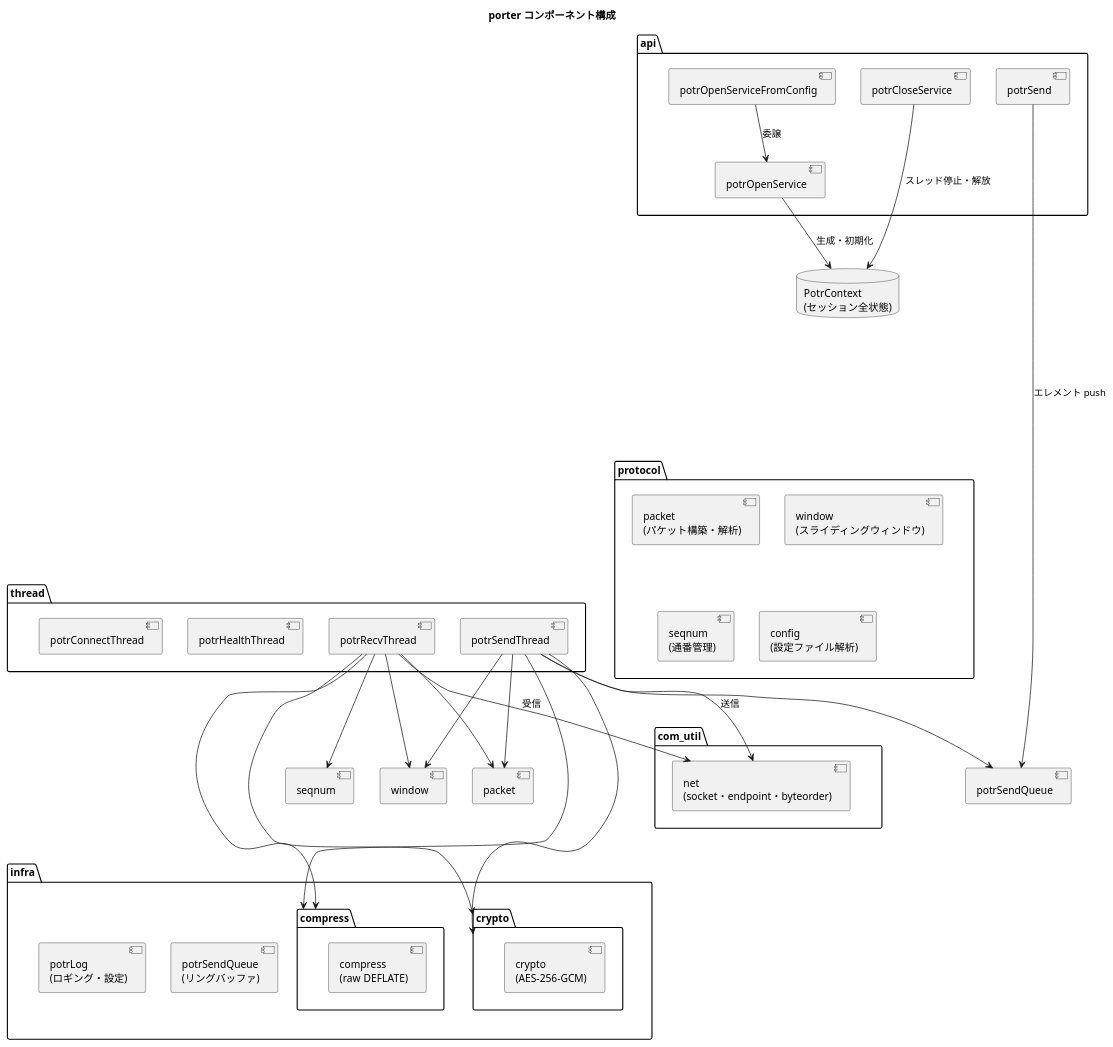
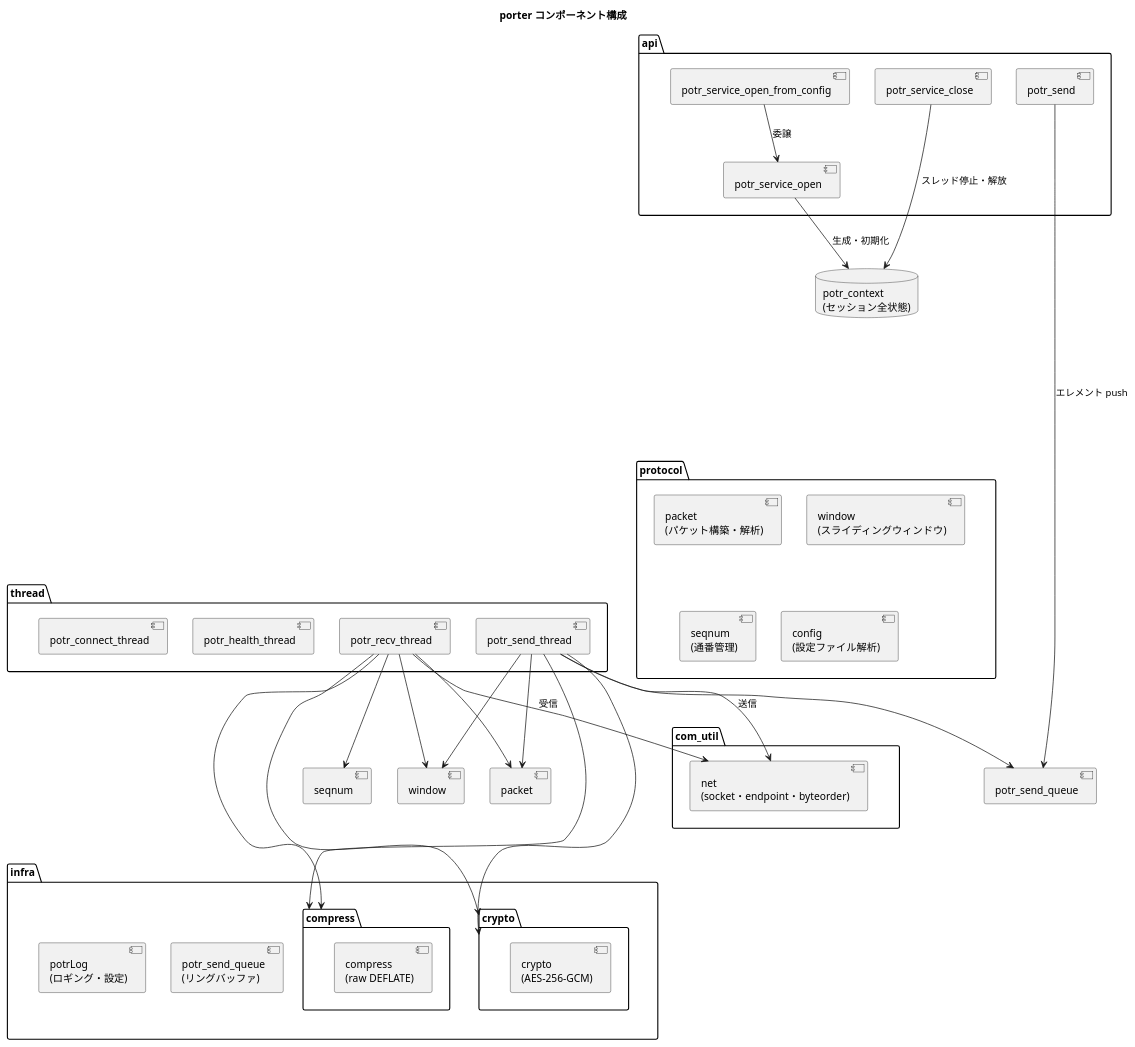
One commit to Hondarer/app_porter changed the sixth of 6 diagrams in docs/architecture.md. Above: the diagram before and after it, drawn with PlantUML. The commit also changed other lines of this file and 148 other files, not shown here.

````diff
--- a/docs/architecture.md
+++ b/docs/architecture.md
@@ -320,68 +320,68 @@
 ```plantuml
 @startuml
 title porter コンポーネント構成
 
 package "api" {
-  [potrOpenService]
-  [potrOpenServiceFromConfig]
-  [potrSend]
-  [potrCloseService]
+  [potr_service_open]
+  [potr_service_open_from_config]
+  [potr_send]
+  [potr_service_close]
 }
 
 package "thread" {
-  [potrRecvThread]
-  [potrSendThread]
-  [potrHealthThread]
-  [potrConnectThread]
+  [potr_recv_thread]
+  [potr_send_thread]
+  [potr_health_thread]
+  [potr_connect_thread]
 }
 
 package "protocol" {
   [packet\n(パケット構築・解析)]
   [window\n(スライディングウィンドウ)]
   [seqnum\n(通番管理)]
   [config\n(設定ファイル解析)]
 }
 
 package "infra" {
-  [potrSendQueue\n(リングバッファ)]
+  [potr_send_queue\n(リングバッファ)]
   [potrLog\n(ロギング・設定)]
   package "compress" {
     [compress\n(raw DEFLATE)]
   }
   package "crypto" {
     [crypto\n(AES-256-GCM)]
   }
 }
 
 package "com_util" {
   [net\n(socket・endpoint・byteorder)]
 }
 
-database "PotrContext\n(セッション全状態)" as CTX
+database "potr_context\n(セッション全状態)" as CTX
 
-[potrOpenService] --> CTX : 生成・初期化
-[potrOpenServiceFromConfig] --> [potrOpenService] : 委譲
-[potrSend] --> [potrSendQueue] : エレメント push
-[potrCloseService] --> CTX : スレッド停止・解放
+[potr_service_open] --> CTX : 生成・初期化
+[potr_service_open_from_config] --> [potr_service_open] : 委譲
+[potr_send] --> [potr_send_queue] : エレメント push
+[potr_service_close] --> CTX : スレッド停止・解放
 
-[potrSendThread] --> [packet]
-[potrSendThread] --> [window]
-[potrSendThread] --> [compress]
-[potrSendThread] --> [crypto]
-[potrSendThread] --> [potrSendQueue]
-[potrSendThread] --> [net\n(socket・endpoint・byteorder)] : 送信
+[potr_send_thread] --> [packet]
+[potr_send_thread] --> [window]
+[potr_send_thread] --> [compress]
+[potr_send_thread] --> [crypto]
+[potr_send_thread] --> [potr_send_queue]
+[potr_send_thread] --> [net\n(socket・endpoint・byteorder)] : 送信
 
-[potrRecvThread] --> [packet]
-[potrRecvThread] --> [window]
-[potrRecvThread] --> [seqnum]
-[potrRecvThread] --> [compress]
-[potrRecvThread] --> [crypto]
-[potrRecvThread] --> [net\n(socket・endpoint・byteorder)] : 受信
+[potr_recv_thread] --> [packet]
+[potr_recv_thread] --> [window]
+[potr_recv_thread] --> [seqnum]
+[potr_recv_thread] --> [compress]
+[potr_recv_thread] --> [crypto]
+[potr_recv_thread] --> [net\n(socket・endpoint・byteorder)] : 受信
 
 api -[hidden]--thread
 thread -[hidden]-- infra
 api -[hidden]----- protocol
 protocol -[hidden]--com_util
 
 @enduml
 ```
````
